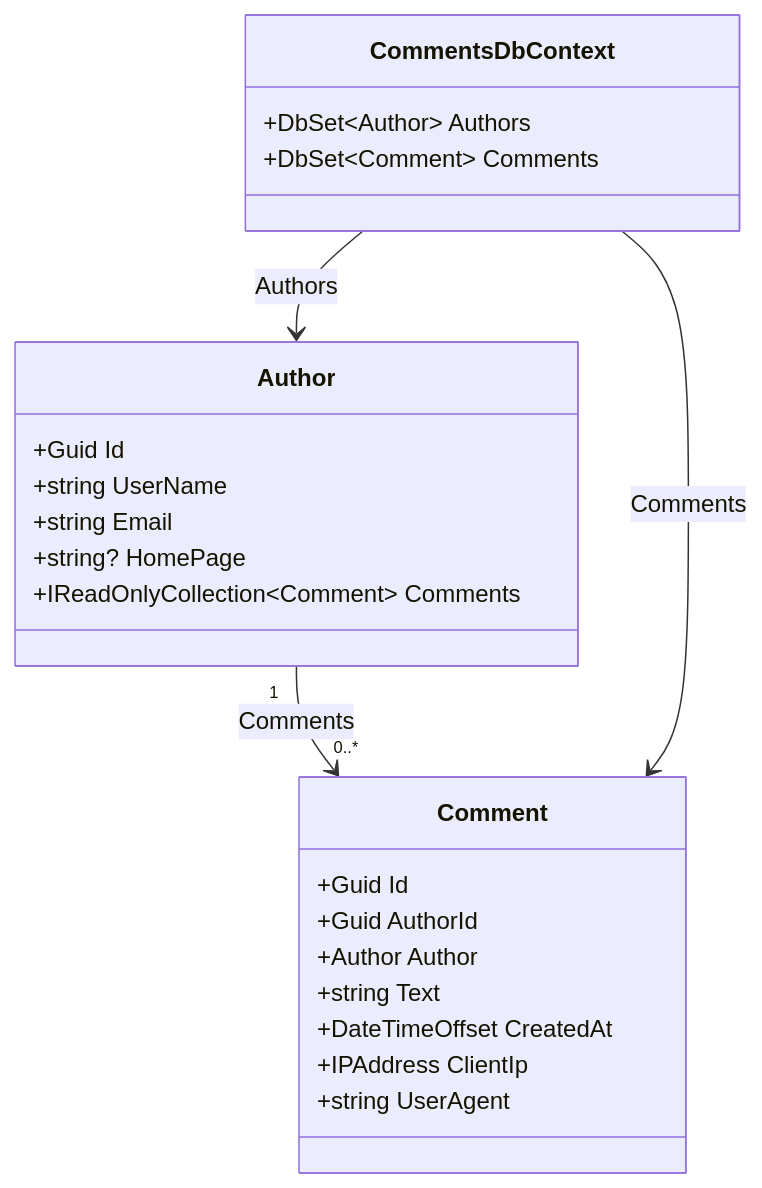
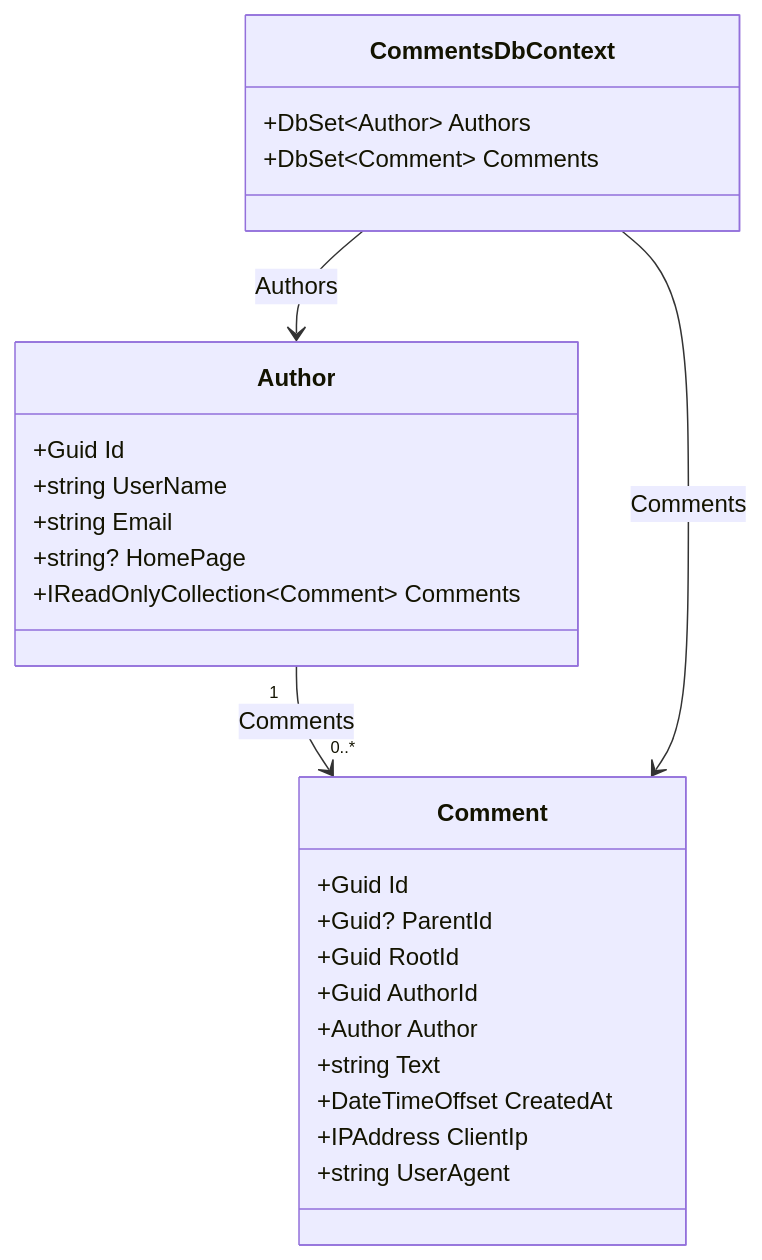
One commit to avysotsky/CommentsService changed the second of 2 diagrams in docs/database/SCHEMA.md. Above: the diagram before and after it, drawn with Mermaid. The commit also changed other lines of this file and 46 other files, not shown here.

````diff
--- a/docs/database/SCHEMA.md
+++ b/docs/database/SCHEMA.md
@@ -126,26 +135,28 @@
 ```mermaid
 classDiagram
     Author "1" --> "0..*" Comment : Comments
     CommentsDbContext --> Author : Authors
     CommentsDbContext --> Comment : Comments
     class Author {
         +Guid Id
         +string UserName
         +string Email
         +string? HomePage
         +IReadOnlyCollection~Comment~ Comments
     }
     class Comment {
         +Guid Id
+        +Guid? ParentId
+        +Guid RootId
         +Guid AuthorId
         +Author Author
         +string Text
         +DateTimeOffset CreatedAt
         +IPAddress ClientIp
         +string UserAgent
     }
     class CommentsDbContext {
         +DbSet~Author~ Authors
         +DbSet~Comment~ Comments
     }
 ```
````
